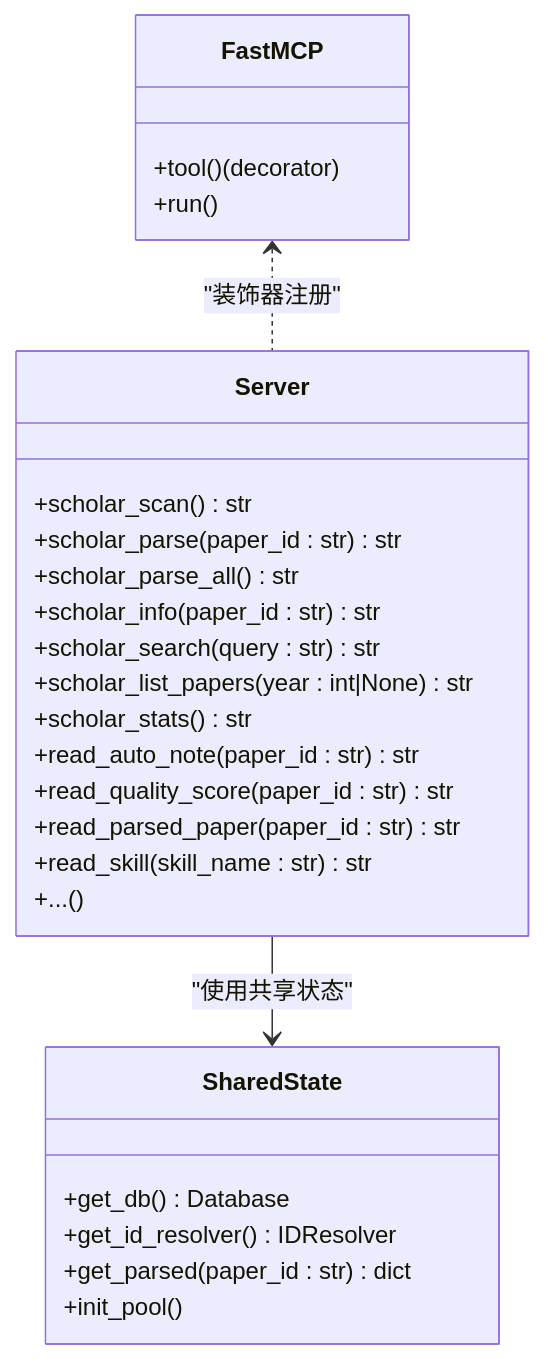
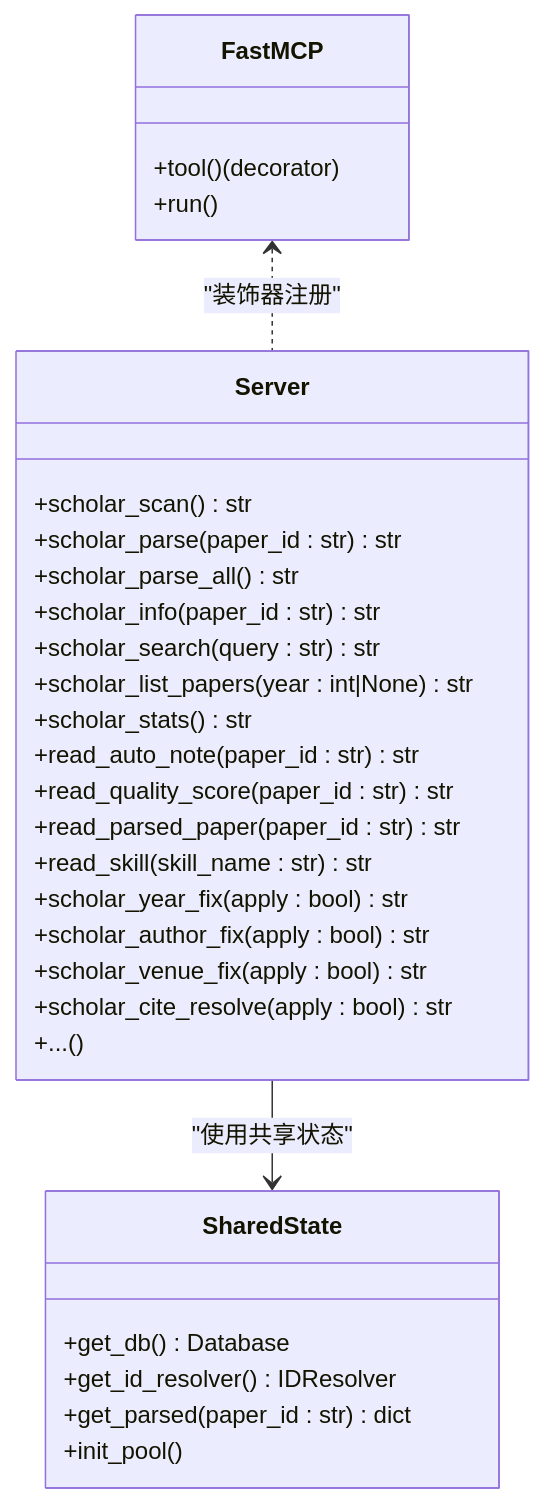
Before and after one commit to 1173591564/academic-based-qoder: the third of 5 diagrams in .qoder/repowiki/zh/content/API参考文档/MCP工具API.md, drawn with Mermaid. The commit also changed other lines of this file and 81 other files, not shown here.

````diff
--- a/.qoder/repowiki/zh/content/API参考文档/MCP工具API.md
+++ b/.qoder/repowiki/zh/content/API参考文档/MCP工具API.md
@@ -185,29 +191,33 @@
 ```mermaid
 classDiagram
 class FastMCP {
 +tool()(decorator)
 +run()
 }
 class Server {
 +scholar_scan() str
 +scholar_parse(paper_id : str) str
 +scholar_parse_all() str
 +scholar_info(paper_id : str) str
 +scholar_search(query : str) str
 +scholar_list_papers(year : int|None) str
 +scholar_stats() str
 +read_auto_note(paper_id : str) str
 +read_quality_score(paper_id : str) str
 +read_parsed_paper(paper_id : str) str
 +read_skill(skill_name : str) str
++scholar_year_fix(apply : bool) str
++scholar_author_fix(apply : bool) str
++scholar_venue_fix(apply : bool) str
++scholar_cite_resolve(apply : bool) str
 +...()
 }
 class SharedState {
 +get_db() Database
 +get_id_resolver() IDResolver
 +get_parsed(paper_id : str) dict
 +init_pool()
 }
 FastMCP <.. Server : "装饰器注册"
 Server --> SharedState : "使用共享状态"
 ```
````
